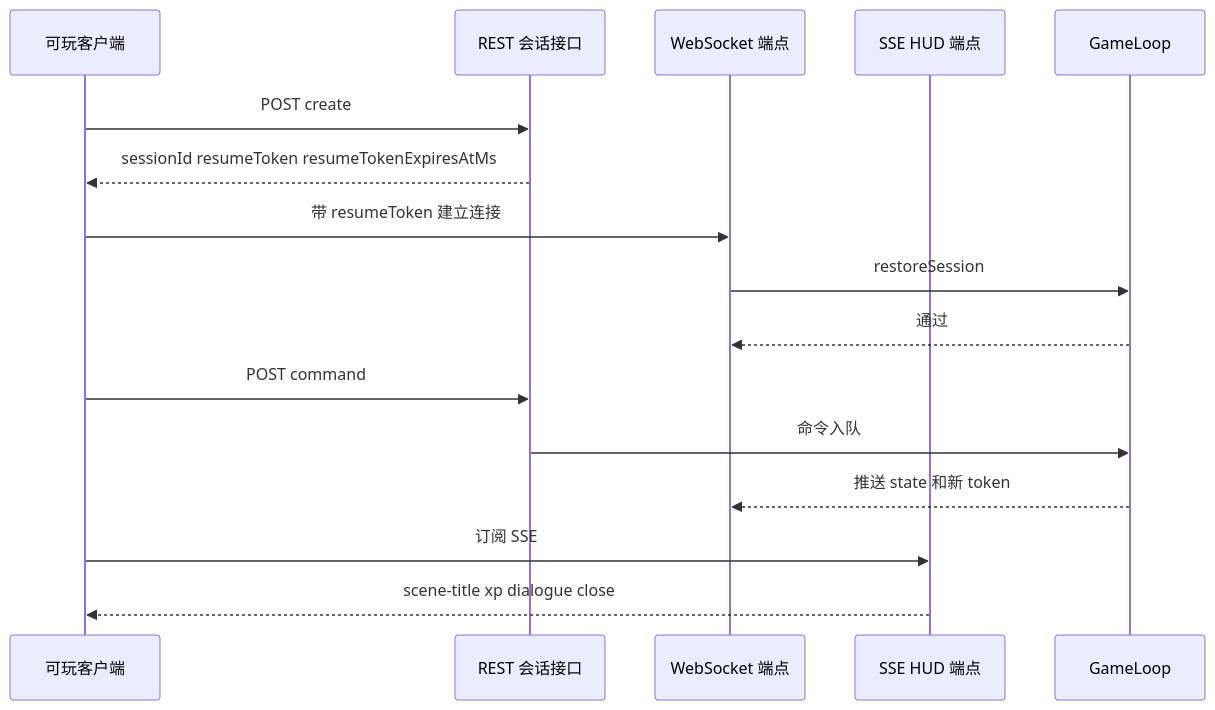
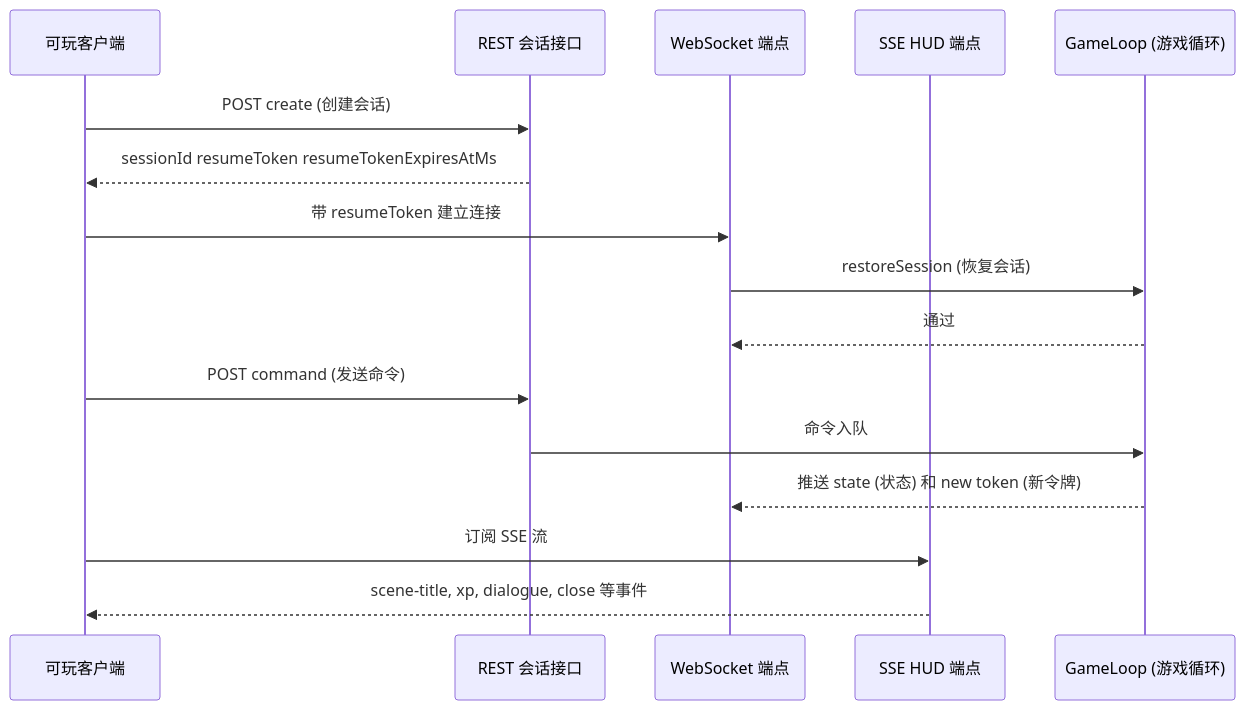
One commit to d4551/tea changed diagram 12 of 13 in README.md. Above: the diagram before and after it, drawn with Mermaid. The commit also changed other lines of this file, not shown here.

Commit message:
docs(i18n): translate remaining english boxes in chinese mermaid charts

````diff
--- a/README.md
+++ b/README.md
@@ -872,19 +872,19 @@
 ```mermaid
 sequenceDiagram
   participant Client as 可玩客户端
   participant REST as REST 会话接口
   participant WS as WebSocket 端点
   participant HUD as SSE HUD 端点
-  participant GL as GameLoop
+  participant GL as GameLoop (游戏循环)
 
-  Client->>REST: POST create
+  Client->>REST: POST create (创建会话)
   REST-->>Client: sessionId resumeToken resumeTokenExpiresAtMs
   Client->>WS: 带 resumeToken 建立连接
-  WS->>GL: restoreSession
+  WS->>GL: restoreSession (恢复会话)
   GL-->>WS: 通过
-  Client->>REST: POST command
+  Client->>REST: POST command (发送命令)
   REST->>GL: 命令入队
-  GL-->>WS: 推送 state 和新 token
-  Client->>HUD: 订阅 SSE
-  HUD-->>Client: scene-title xp dialogue close
+  GL-->>WS: 推送 state (状态) 和 new token (新令牌)
+  Client->>HUD: 订阅 SSE 流
+  HUD-->>Client: scene-title, xp, dialogue, close 等事件
 ```
````
